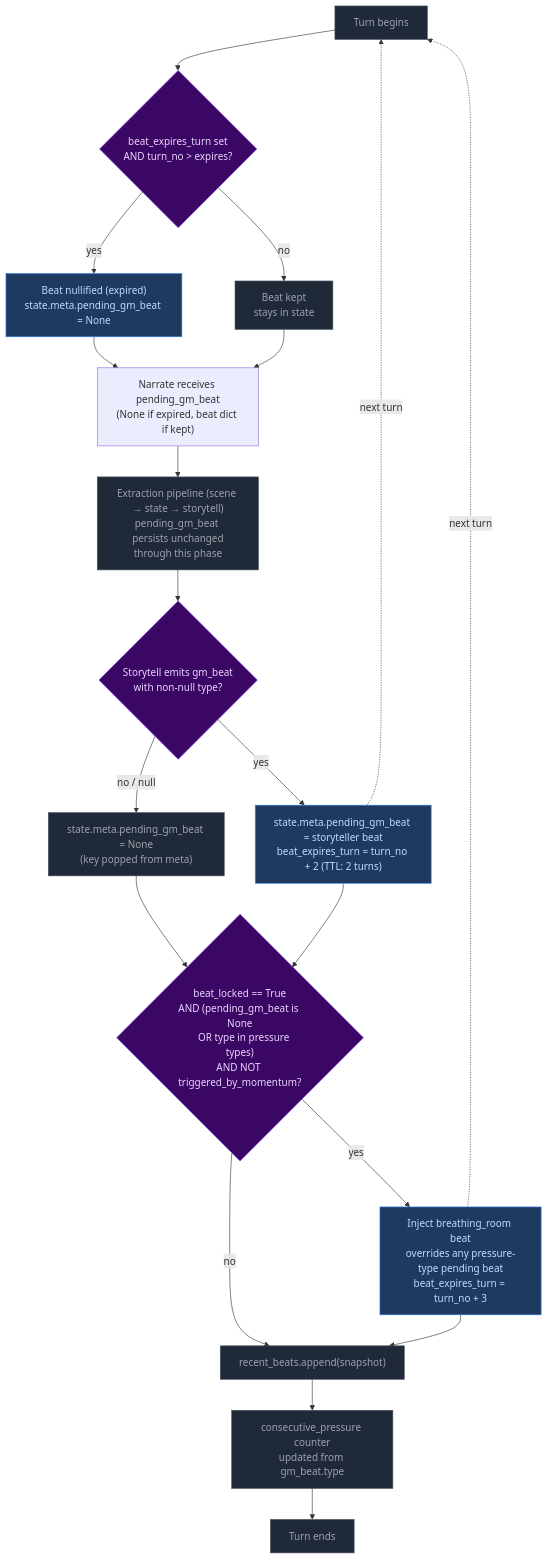
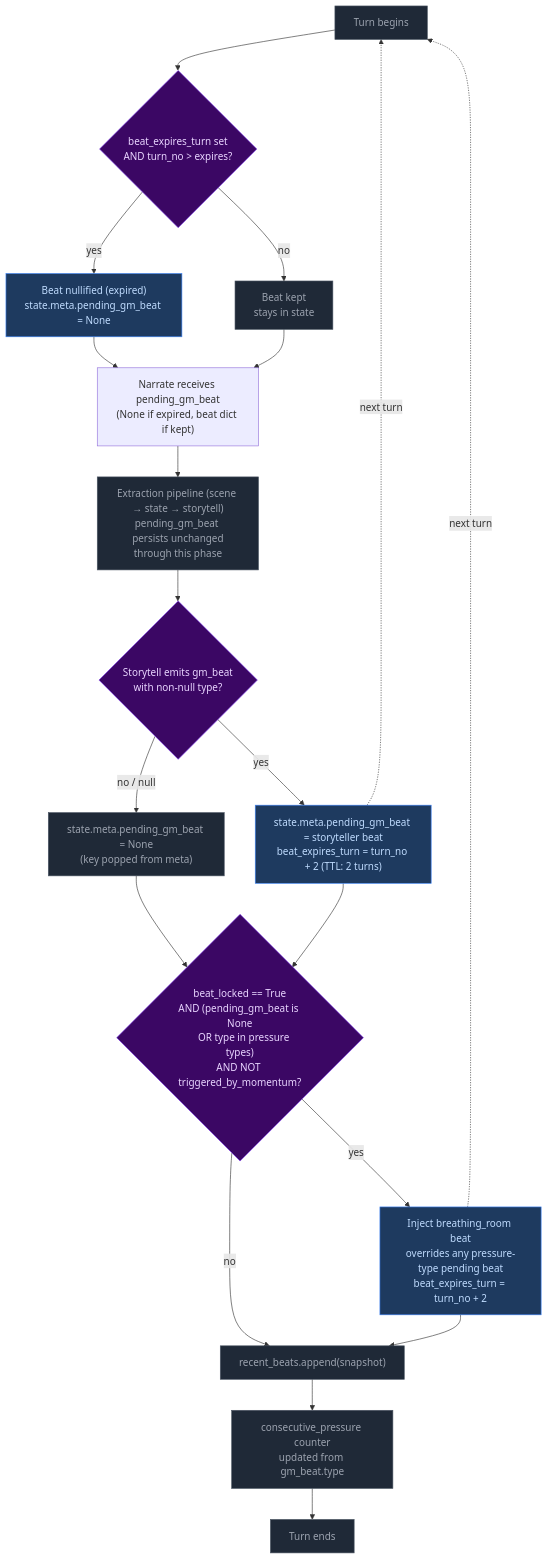
The second of 4 diagrams in docs/architecture/step2c-storytell.md (pww217/fablethread), drawn with Mermaid before and after one commit. The commit also changed other lines of this file and 4 other files, not shown here.

````diff
--- a/docs/architecture/step2c-storytell.md
+++ b/docs/architecture/step2c-storytell.md
@@ -75,37 +75,37 @@
 ```mermaid
 flowchart TD
     classDef pyNode fill:#1f2937,color:#9ca3af,stroke:#4b5563
     classDef decision fill:#3b0764,color:#e9d5ff,stroke:#7c3aed
     classDef output fill:#1e3a5f,color:#bfdbfe,stroke:#3b82f6
 
     START["Turn begins"]:::pyNode --> EXPIRY{"beat_expires_turn set<br>AND turn_no > expires?"}:::decision
     EXPIRY -- yes --> NULLIFIED["Beat nullified (expired)<br>state.meta.pending_gm_beat = None"]:::output
     EXPIRY -- no --> KEEPBEAT["Beat kept<br>stays in state"]:::pyNode
 
     NULLIFIED --> NARRATE["Narrate receives pending_gm_beat<br>(None if expired, beat dict if kept)"]
     KEEPBEAT --> NARRATE
 
     NARRATE --> EXTRACTION["Extraction pipeline (scene → state → storytell)<br>pending_gm_beat persists unchanged<br>through this phase"]:::pyNode
 
     EXTRACTION --> STORYLLM{"Storytell emits gm_beat<br>with non-null type?"}:::decision
     STORYLLM -- "yes" --> STORED["state.meta.pending_gm_beat = storyteller beat<br>beat_expires_turn = turn_no + 2 (TTL: 2 turns)"]:::output
 
     STORYLLM -- "no / null" --> POPPED["state.meta.pending_gm_beat = None<br>(key popped from meta)"]:::pyNode
     POPPED --> FLOOR{"beat_locked == True<br>AND (pending_gm_beat is None<br>    OR type in pressure types)<br>AND NOT triggered_by_momentum?"}:::decision
     STORED --> FLOOR
 
-    FLOOR -- yes --> BREATHING["Inject breathing_room beat<br>overrides any pressure-type pending beat<br>beat_expires_turn = turn_no + 3"]:::output
+    FLOOR -- yes --> BREATHING["Inject breathing_room beat<br>overrides any pressure-type pending beat<br>beat_expires_turn = turn_no + 2"]:::output
 
     FLOOR -- no --> APPEND_BEATS["recent_beats.append(snapshot)"]:::pyNode
     BREATHING --> APPEND_BEATS
 
     APPEND_BEATS --> COUNTER["consecutive_pressure counter<br>updated from gm_beat.type"]:::pyNode
     COUNTER --> DONE["Turn ends"]:::pyNode
 
     STORED -. "next turn" .-> START
     BREATHING -. "next turn" .-> START
 
     style EXPIRY fill:#3b0764,color:#e9d5ff,stroke:#7c3aed
     style STORYLLM fill:#3b0764,color:#e9d5ff,stroke:#7c3aed
     style FLOOR fill:#3b0764,color:#e9d5ff,stroke:#7c3aed
 ```
````
